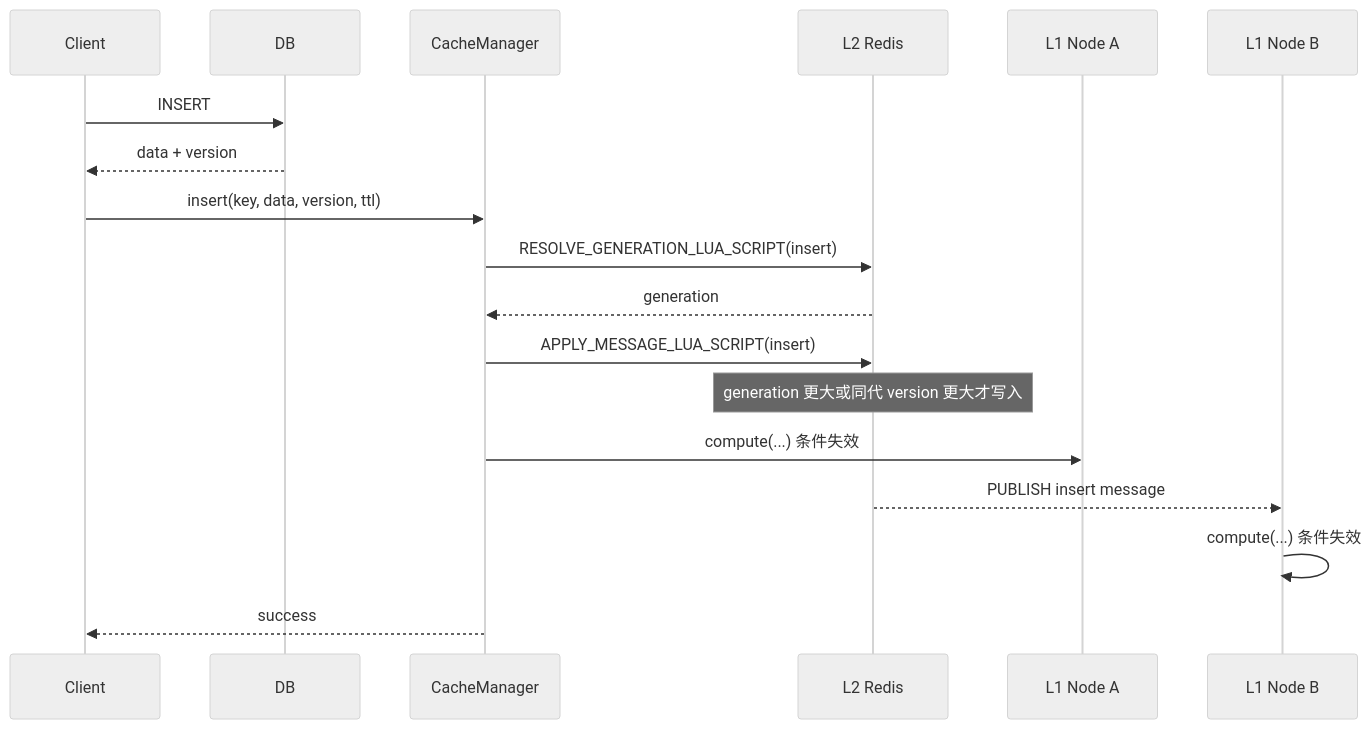
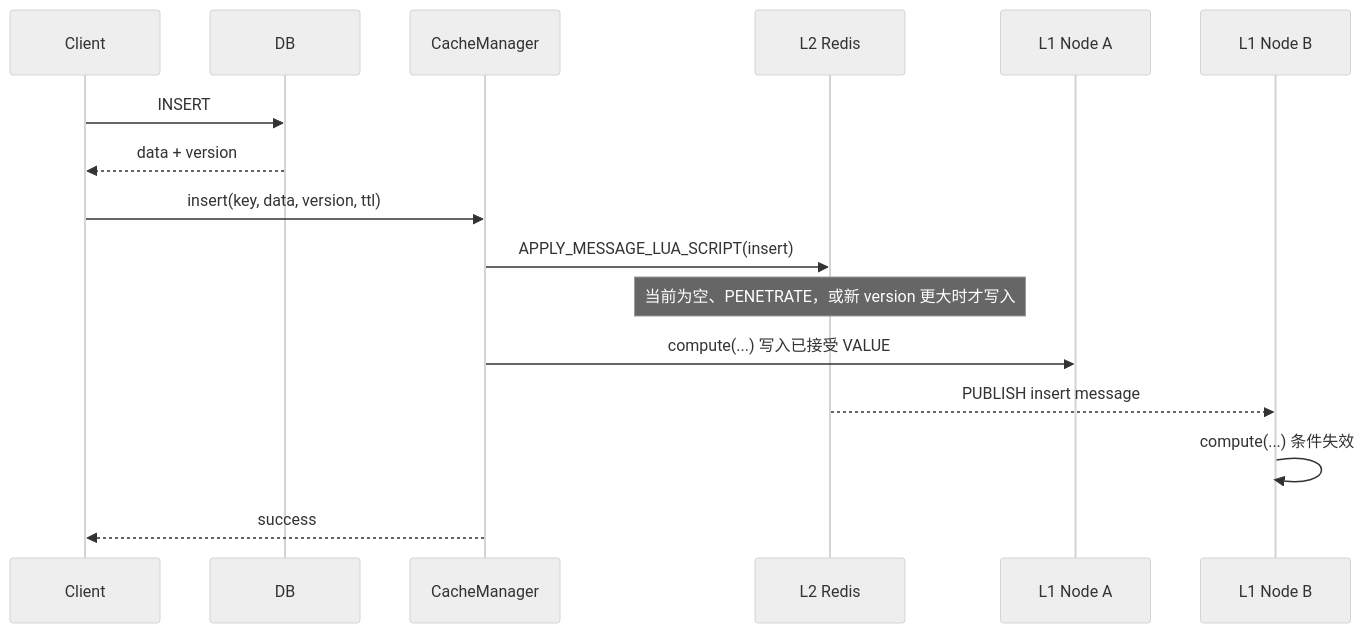
One commit to dk900912/multi-tier-cache-framework changed the fifth of 7 diagrams in README.md. Above: the diagram before and after it, drawn with Mermaid (neutral theme). The commit also changed other lines of this file and 45 other files, not shown here.

````diff
--- a/README.md
+++ b/README.md
@@ -529,21 +572,19 @@
 ```mermaid
 sequenceDiagram
     participant Client
     participant DB
     participant CacheManager
     participant L2 as L2 Redis
     participant L1A as L1 Node A
     participant L1B as L1 Node B
 
     Client->>DB: INSERT
     DB-->>Client: data + version
     Client->>CacheManager: insert(key, data, version, ttl)
-    CacheManager->>L2: RESOLVE_GENERATION_LUA_SCRIPT(insert)
-    L2-->>CacheManager: generation
     CacheManager->>L2: APPLY_MESSAGE_LUA_SCRIPT(insert)
-    Note over L2: generation 更大或同代 version 更大才写入
-    CacheManager->>L1A: compute(...) 条件失效
+    Note over L2: 当前为空、PENETRATE，或新 version 更大时才写入
+    CacheManager->>L1A: compute(...) 写入已接受 VALUE
     L2-->>L1B: PUBLISH insert message
     L1B->>L1B: compute(...) 条件失效
     CacheManager-->>Client: success
 ```
````
